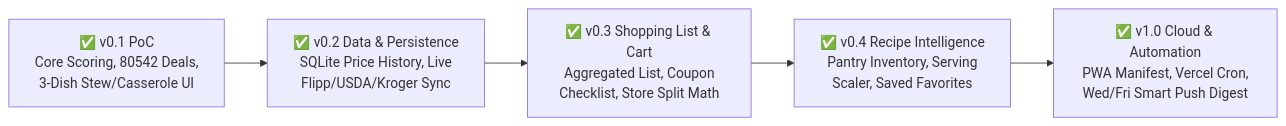
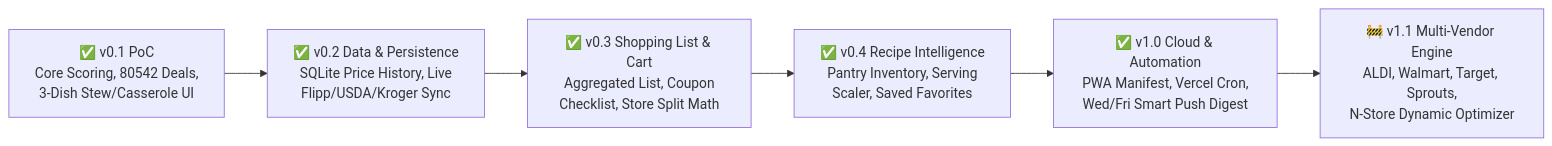
Before and after one commit to kchavez05/produce-price-tracker: the diagram in ROADMAP.md, drawn with Mermaid. The commit also changed other lines of this file, not shown here.

Commit message:
docs: establish Milestone v1.1 Multi-Vendor Expansion in ROADMAP.md

````diff
--- a/ROADMAP.md
+++ b/ROADMAP.md
@@ -5,7 +5,8 @@
 ```mermaid
 flowchart LR
     M0["✅ v0.1 PoC\nCore Scoring, 80542 Deals,\n3-Dish Stew/Casserole UI"] --> M1["✅ v0.2 Data & Persistence\nSQLite Price History, Live\nFlipp/USDA/Kroger Sync"]
     M1 --> M2["✅ v0.3 Shopping List & Cart\nAggregated List, Coupon\nChecklist, Store Split Math"]
     M2 --> M3["✅ v0.4 Recipe Intelligence\nPantry Inventory, Serving\nScaler, Saved Favorites"]
     M3 --> M4["✅ v1.0 Cloud & Automation\nPWA Manifest, Vercel Cron,\nWed/Fri Smart Push Digest"]
+    M4 --> M5["🚧 v1.1 Multi-Vendor Engine\nALDI, Walmart, Target, Sprouts,\nN-Store Dynamic Optimizer"]
 ```
````
